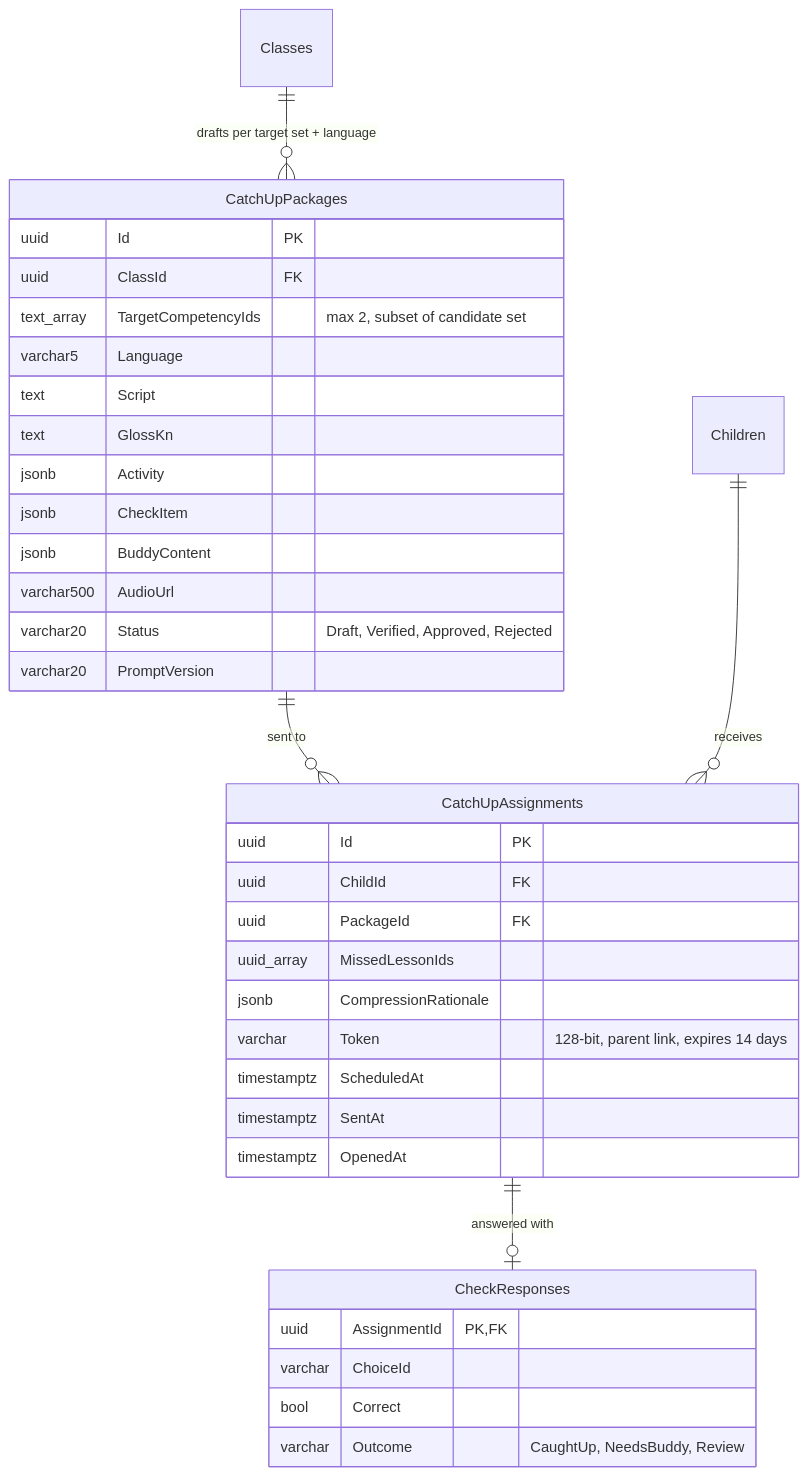
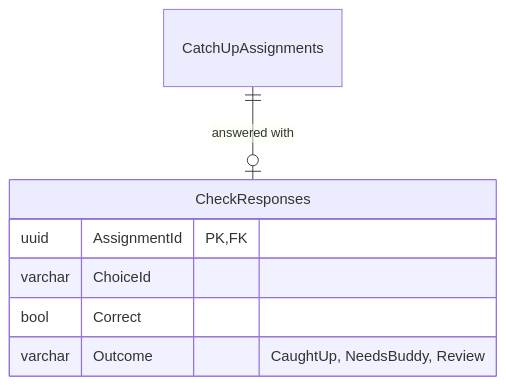
The second of 2 diagrams in docs/database.md (rahul-oswal07/slate-ai), drawn with Mermaid before and after one commit. The commit also changed other lines of this file and 36 other files, not shown here.

First line of the commit message:
feat(api): A3 script writer, catch-up packages and generate (T-09)

````diff
--- a/docs/database.md
+++ b/docs/database.md
@@ -176,39 +220,11 @@
 ```mermaid
 erDiagram
-    Classes ||--o{ CatchUpPackages : "drafts per target set + language"
-    CatchUpPackages ||--o{ CatchUpAssignments : "sent to"
-    Children ||--o{ CatchUpAssignments : receives
     CatchUpAssignments ||--o| CheckResponses : "answered with"
 
-    CatchUpPackages {
-        uuid Id PK
-        uuid ClassId FK
-        text_array TargetCompetencyIds "max 2, subset of candidate set"
-        varchar5 Language
-        text Script
-        text GlossKn
-        jsonb Activity
-        jsonb CheckItem
-        jsonb BuddyContent
-        varchar500 AudioUrl
-        varchar20 Status "Draft, Verified, Approved, Rejected"
-        varchar20 PromptVersion
-    }
-    CatchUpAssignments {
-        uuid Id PK
-        uuid ChildId FK
-        uuid PackageId FK
-        uuid_array MissedLessonIds
-        jsonb CompressionRationale
-        varchar Token "128-bit, parent link, expires 14 days"
-        timestamptz ScheduledAt
-        timestamptz SentAt
-        timestamptz OpenedAt
-    }
     CheckResponses {
         uuid AssignmentId PK,FK
         varchar ChoiceId
         bool Correct
         varchar Outcome "CaughtUp, NeedsBuddy, Review"
     }
 ```
````
